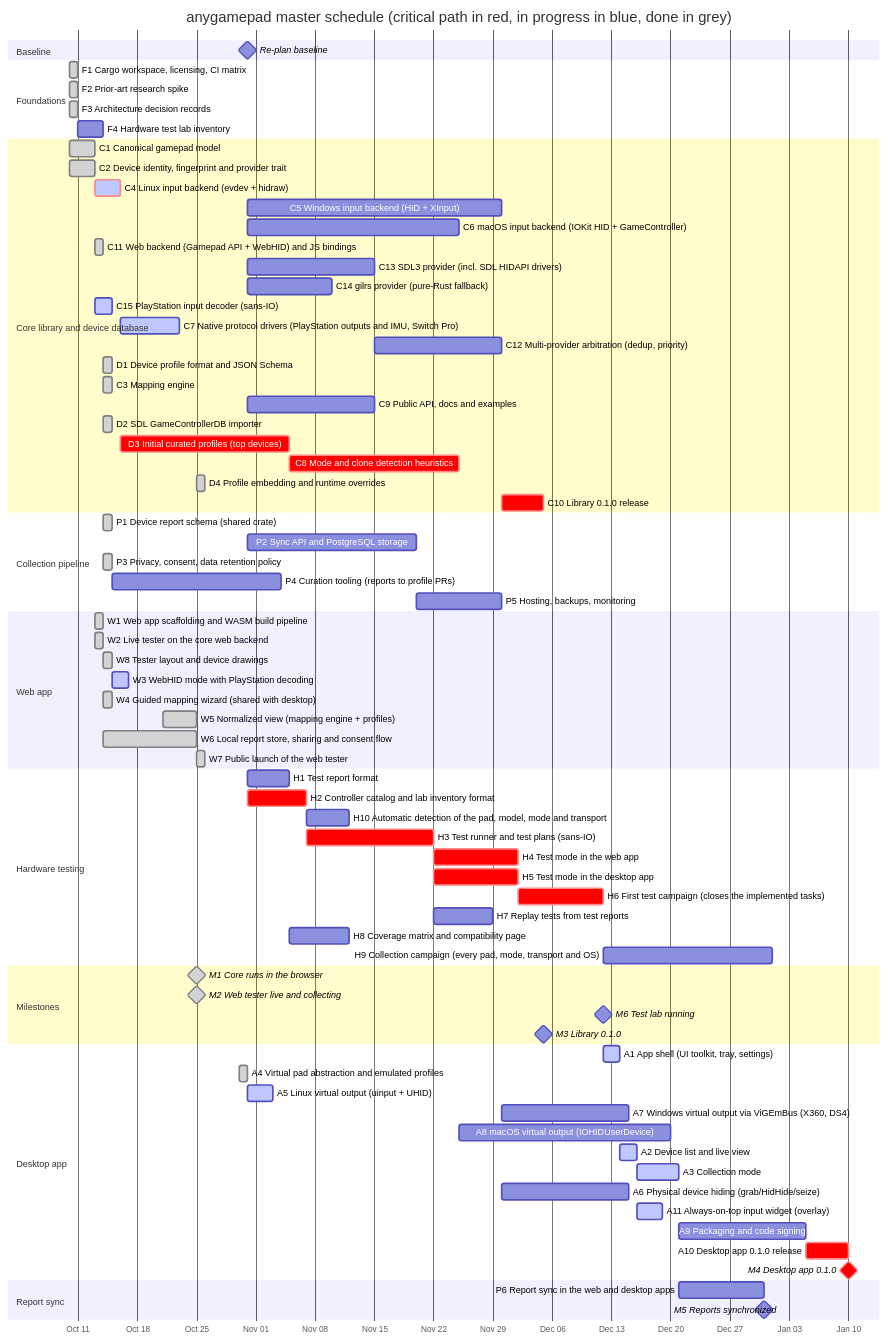
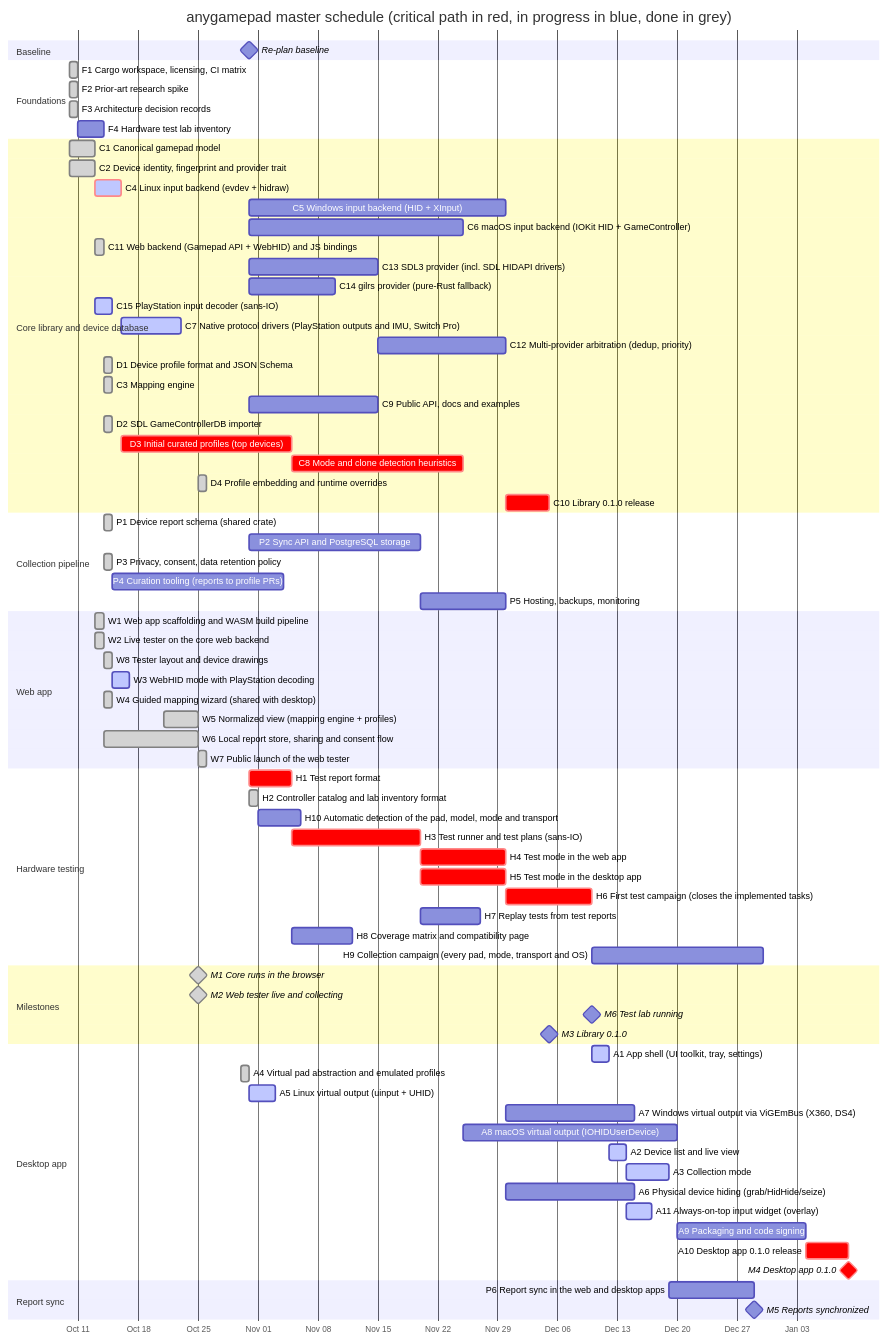
The second of 3 diagrams in ROADMAP/2026-10-31/README.md (anygamepad/anygamepad.github.io), drawn with Mermaid before and after one commit. The commit also changed other lines of this file and 41 other files, not shown here.

First line of the commit message:
H2: controller catalog and lab inventory format

````diff
--- a/ROADMAP/2026-10-31/README.md
+++ b/ROADMAP/2026-10-31/README.md
@@ -177,80 +181,80 @@
 ```mermaid
 gantt
     dateFormat YYYY-MM-DD
     axisFormat %b %d
     title anygamepad master schedule (critical path in red, in progress in blue, done in grey)
     section Baseline
     Re-plan baseline :milestone, t0, 2026-10-31, 0d
     section Foundations
     F1 Cargo workspace, licensing, CI matrix :done, f1, 2026-10-10, 1d
     F2 Prior-art research spike :done, f2, 2026-10-10, 1d
     F3 Architecture decision records :done, f3, 2026-10-10, 1d
     F4 Hardware test lab inventory :f4, after f2 h2, 3d
     section Core library and device database
     C1 Canonical gamepad model :done, c1, 2026-10-10, 3d
     C2 Device identity, fingerprint and provider trait :done, c2, 2026-10-10, 3d
     C4 Linux input backend (evdev + hidraw) :crit, active, c4, after c1 c2 h6, 3d
     C5 Windows input backend (HID + XInput) :c5, after c1 c2 t0, 30d
     C6 macOS input backend (IOKit HID + GameController) :c6, after c1 c2 t0, 25d
     C11 Web backend (Gamepad API + WebHID) and JS bindings :done, c11, 2026-10-13, 1d
     C13 SDL3 provider (incl. SDL HIDAPI drivers) :c13, after c1 c2 t0, 15d
     C14 gilrs provider (pure-Rust fallback) :c14, after c1 c2 t0, 10d
     C15 PlayStation input decoder (sans-IO) :active, c15, after c1 c2 h6, 2d
     C7 Native protocol drivers (PlayStation outputs and IMU, Switch Pro) :active, c7, after c4 c15, 7d
     C12 Multi-provider arbitration (dedup, priority) :c12, after c4 c13, 15d
     D1 Device profile format and JSON Schema :done, d1, 2026-10-14, 1d
     C3 Mapping engine :done, c3, 2026-10-14, 1d
     C9 Public API, docs and examples :c9, after c3 t0, 15d
     D2 SDL GameControllerDB importer :done, d2, 2026-10-14, 1d
     D3 Initial curated profiles (top devices) :crit, d3, after d1 c4 f4 h6, 20d
     C8 Mode and clone detection heuristics :crit, c8, after c3 c4 d3 h9, 20d
     D4 Profile embedding and runtime overrides :done, d4, 2026-10-25, 1d
     C10 Library 0.1.0 release :crit, c10, after c5 c6 c7 c8 c9 c11 c12 c14 d4, 5d
     section Collection pipeline
     P1 Device report schema (shared crate) :done, p1, 2026-10-14, 1d
     P2 Sync API and PostgreSQL storage :p2, after p1 t0, 20d
     P3 Privacy, consent, data retention policy :done, p3, 2026-10-14, 1d
     P4 Curation tooling (reports to profile PRs) :p4, after p1 d1 h1, 20d
     P5 Hosting, backups, monitoring :p5, after p2, 10d
     section Web app
     W1 Web app scaffolding and WASM build pipeline :done, w1, 2026-10-13, 1d
     W2 Live tester on the core web backend :done, w2, 2026-10-13, 1d
     W8 Tester layout and device drawings :done, w8, 2026-10-14, 1d
     W3 WebHID mode with PlayStation decoding :active, w3, after w2 c15 w8 h6, 2d
     W4 Guided mapping wizard (shared with desktop) :done, w4, 2026-10-14, 1d
     W5 Normalized view (mapping engine + profiles) :done, w5, 2026-10-21, 4d
     W6 Local report store, sharing and consent flow :done, w6, 2026-10-14, 11d
     W7 Public launch of the web tester :done, w7, 2026-10-25, 1d
     section Hardware testing
-    H1 Test report format :h1, after p1 t0, 5d
-    H2 Controller catalog and lab inventory format :crit, h2, after d1 t0, 7d
+    H1 Test report format :crit, h1, after p1 t0, 5d
+    H2 Controller catalog and lab inventory format :done, h2, 2026-10-31, 1d
     H10 Automatic detection of the pad, model, mode and transport :h10, after h2, 5d
     H3 Test runner and test plans (sans-IO) :crit, h3, after h1 h2 c3 w4, 15d
     H4 Test mode in the web app :crit, h4, after h3 h10, 10d
     H5 Test mode in the desktop app :crit, h5, after h3 h10, 10d
     H6 First test campaign (closes the implemented tasks) :crit, h6, after h4 h5 f4, 10d
     H7 Replay tests from test reports :h7, after h3, 7d
     H8 Coverage matrix and compatibility page :h8, after h1 f4, 7d
     H9 Collection campaign (every pad, mode, transport and OS) :h9, after h6, 20d
     section Milestones
     M1 Core runs in the browser :milestone, done, m1, 2026-10-25, 0d
     M2 Web tester live and collecting :milestone, done, m2, 2026-10-25, 0d
     M6 Test lab running :milestone, m6, after h6, 0d
     M3 Library 0.1.0 :milestone, m3, after c10, 0d
     section Desktop app
     A1 App shell (UI toolkit, tray, settings) :active, a1, after f3 m2 h6, 2d
     A4 Virtual pad abstraction and emulated profiles :done, a4, 2026-10-30, 1d
     A5 Linux virtual output (uinput + UHID) :active, a5, after a4 c4, 3d
     A7 Windows virtual output via ViGEmBus (X360, DS4) :a7, after a4 c5, 15d
     A8 macOS virtual output (IOHIDUserDevice) :a8, after a4 c6, 25d
     A2 Device list and live view :active, a2, after a1 c4, 2d
     A3 Collection mode :active, a3, after a2 w4 p1 p3, 5d
     A6 Physical device hiding (grab/HidHide/seize) :a6, after a5 c5 c6, 15d
     A11 Always-on-top input widget (overlay) :active, a11, after a2, 3d
     A9 Packaging and code signing :a9, after a3 a6 a7 a8 a11, 15d
     A10 Desktop app 0.1.0 release :crit, a10, after a9 c10, 5d
     M4 Desktop app 0.1.0 :milestone, crit, m4, after a10, 0d
     section Report sync
     P6 Report sync in the web and desktop apps :p6, after p2 w6 a3, 10d
     M5 Reports synchronized :milestone, m5, after p5 p6, 0d
 ```
````
